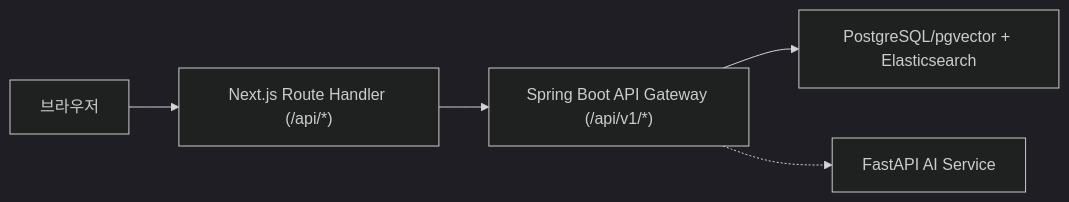
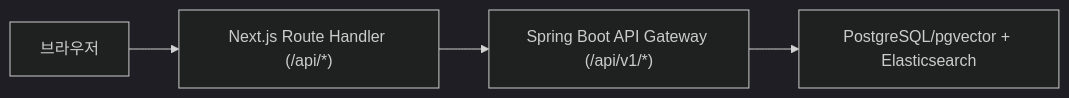
One commit to SideProjectSFY/gajiFE changed the diagram in README.md. Above: the diagram before and after it, drawn with Mermaid (dark theme). The commit also changed other lines of this file, not shown here.

Commit message:
fix: remove direct access to FastAPI in API communication section

````diff
--- a/README.md
+++ b/README.md
@@ -108,7 +108,6 @@
 ```mermaid
 flowchart LR
     Browser["브라우저"] --> Next["Next.js Route Handler (/api/*)"]
     Next --> Spring["Spring Boot API Gateway (/api/v1/*)"]
     Spring --> Search["PostgreSQL/pgvector + Elasticsearch"]
-    Spring -.-> FastAPI["FastAPI AI Service"]
 ```
````
